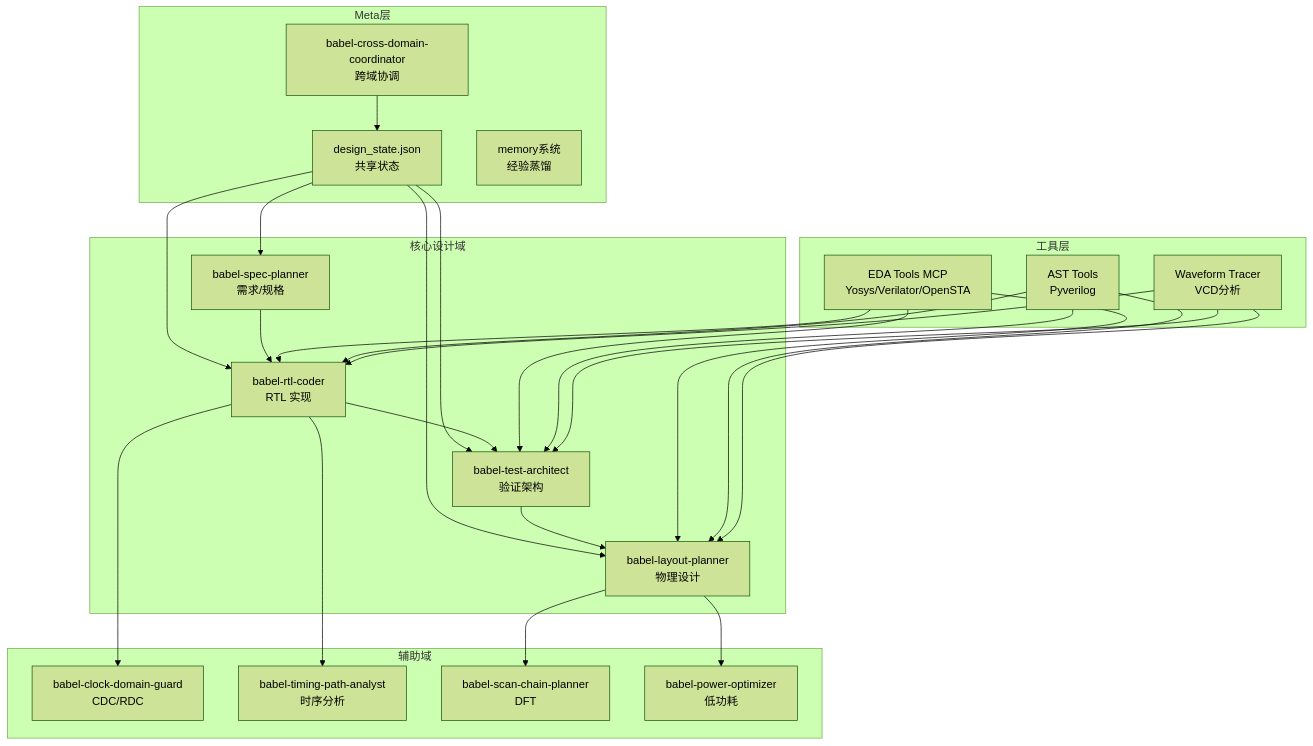
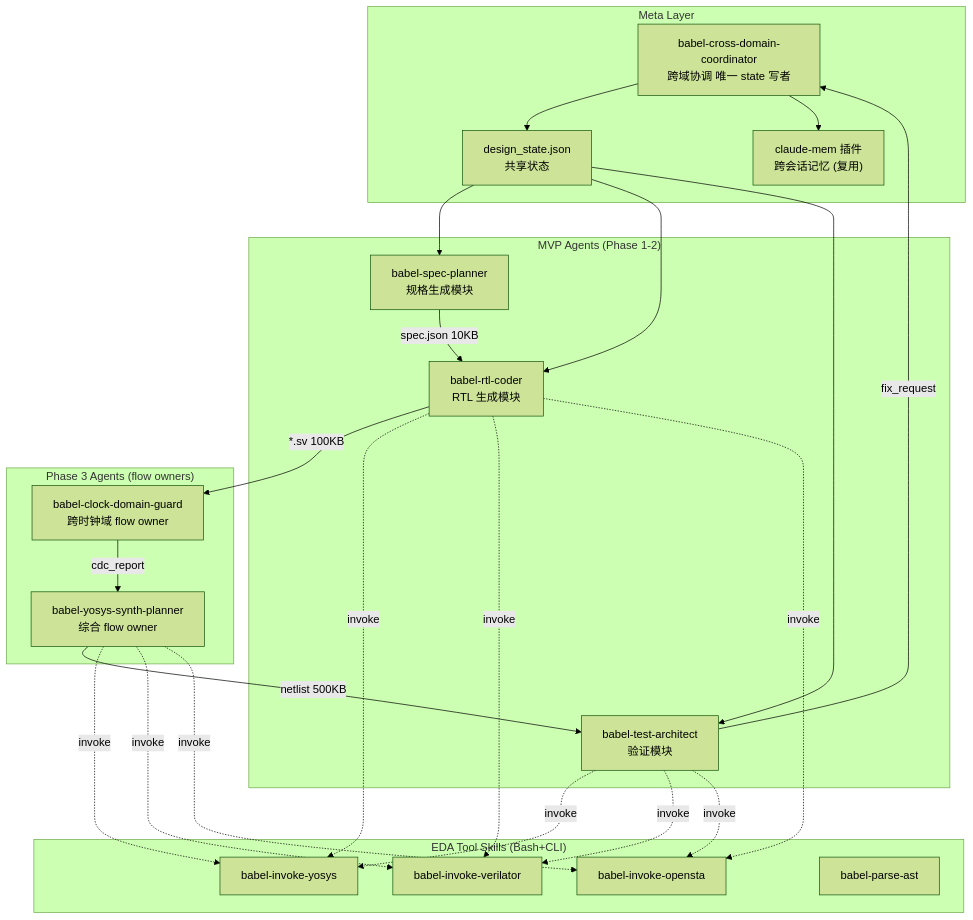
One commit to amoslee2026/Babel changed the first of 2 diagrams in idea/design_doc.md. Above: the diagram before and after it, drawn with Mermaid (forest theme). The commit also changed other lines of this file and 1 other file, not shown here.

````diff
--- a/idea/design_doc.md
+++ b/idea/design_doc.md
@@ -54,35 +110,36 @@
 ```mermaid
 flowchart TD
-    subgraph Meta层
-        A[babel-cross-domain-coordinator<br/>跨域协调]
-        B[design_state.json<br/>共享状态]
-        C[memory系统<br/>经验蒸馏]
+    subgraph Meta["Meta Layer"]
+        coord["babel-cross-domain-coordinator<br/>跨域协调 唯一 state 写者"]
+        state["design_state.json<br/>共享状态"]
+        cmem["claude-mem 插件<br/>跨会话记忆 (复用)"]
     end
 
-    subgraph 核心设计域
-        D[babel-spec-planner<br/>需求/规格]
-        E[babel-rtl-coder<br/>RTL 实现]
-        F[babel-test-architect<br/>验证架构]
-        G[babel-layout-planner<br/>物理设计]
+    subgraph MVP["MVP Agents (Phase 1-2)"]
+        spec["babel-spec-planner<br/>规格生成模块"]
+        rtl["babel-rtl-coder<br/>RTL 生成模块"]
+        test["babel-test-architect<br/>验证模块"]
     end
 
-    subgraph 辅助域
-        H[babel-clock-domain-guard<br/>CDC/RDC]
-        I[babel-timing-path-analyst<br/>时序分析]
-        J[babel-scan-chain-planner<br/>DFT]
-        K[babel-power-optimizer<br/>低功耗]
+    subgraph P3["Phase 3 Agents (flow owners)"]
+        synth["babel-yosys-synth-planner<br/>综合 flow owner"]
+        cdc["babel-clock-domain-guard<br/>跨时钟域 flow owner"]
     end
 
-    subgraph 工具层
-        L[EDA Tools MCP<br/>Yosys/Verilator/OpenSTA]
-        M[AST Tools<br/>Pyverilog]
-        N[Waveform Tracer<br/>VCD分析]
+    subgraph Skills["EDA Tool Skills (Bash+CLI)"]
+        yosys["babel-invoke-yosys"]
+        verilator["babel-invoke-verilator"]
+        opensta["babel-invoke-opensta"]
+        ast["babel-parse-ast"]
     end
 
-    A --> B
-    B --> D & E & F & G
-    D --> E --> F --> G
-    E --> H & I
-    G --> J & K
-    L & M & N --> E & F & G
+    coord --> state
+    coord --> cmem
+    state --> spec & rtl & test
+    spec -->|spec.json 10KB| rtl
+    rtl -->|*.sv 100KB| cdc
+    cdc -->|cdc_report| synth
+    synth -->|netlist 500KB| test
+    test -->|fix_request| coord
+    rtl & synth & test -.->|invoke| yosys & verilator & opensta
 ```
````
